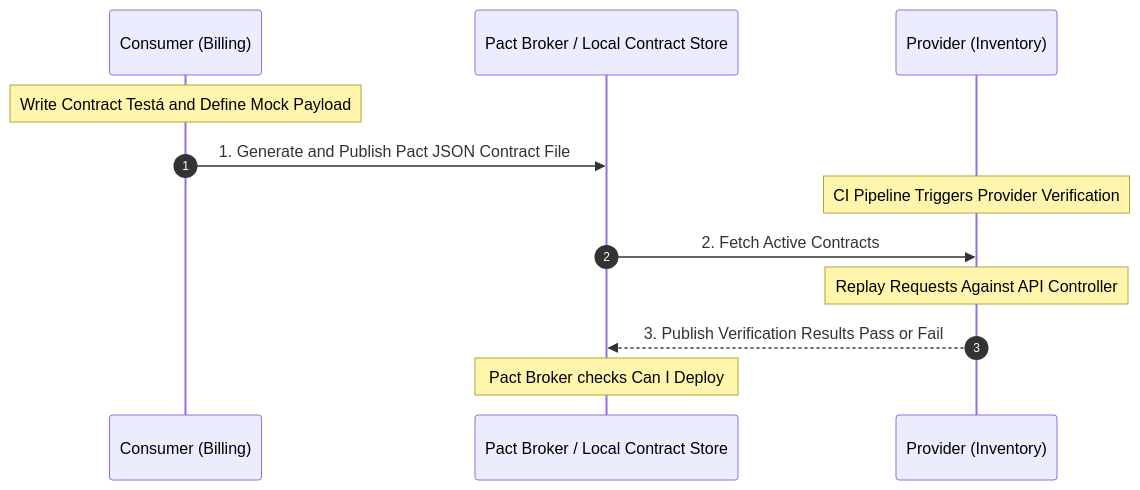
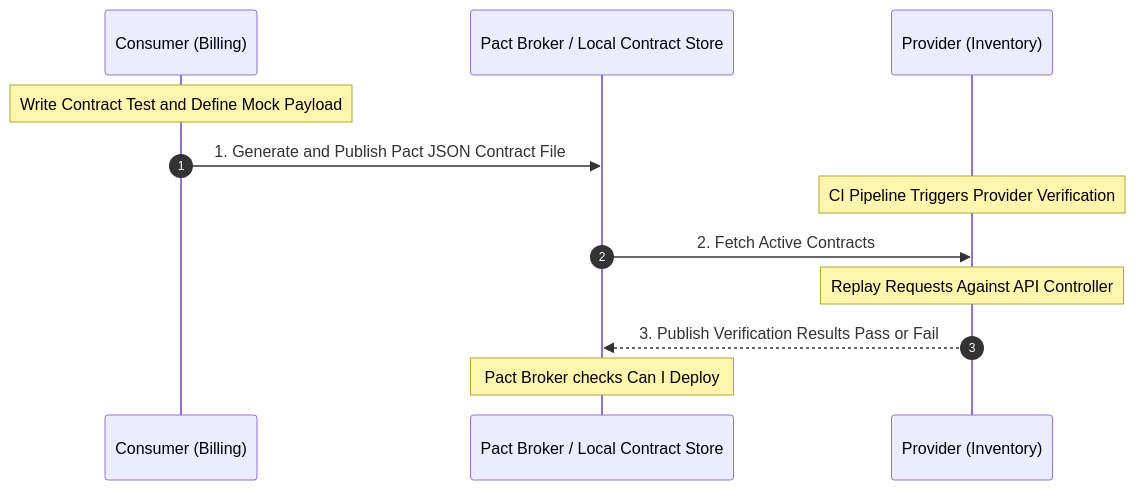
The diagram in architecture/artifacts-es/contract-testing-plan.md (beyondnetcode/ums), drawn with Mermaid before and after one commit. The commit also changed other lines of this file and 132 other files, not shown here.

Commit message:
docs: perform comprehensive localization and synchronization of architecture, governance, and operational documentation

````diff
--- a/architecture/artifacts-es/contract-testing-plan.md
+++ b/architecture/artifacts-es/contract-testing-plan.md
@@ -21,15 +21,15 @@
 ```mermaid
 sequenceDiagram
     autonumber
     participant Cons as Consumer (Billing)
     participant Pact as Pact Broker / Local Contract Store
     participant Prov as Provider (Inventory)
 
-    Note over Cons: Write Contract Testá and Define Mock Payload
+    Note over Cons: Write Contract Test and Define Mock Payload
     Cons->>Pact: 1. Generate and Publish Pact JSON Contract File
     Note over Prov: CI Pipeline Triggers Provider Verification
     Pact->>Prov: 2. Fetch Active Contracts
     Note over Prov: Replay Requests Against API Controller
     Prov-->>Pact: 3. Publish Verification Results Pass or Fail
     Note over Pact: Pact Broker checks Can I Deploy
 ```
````
